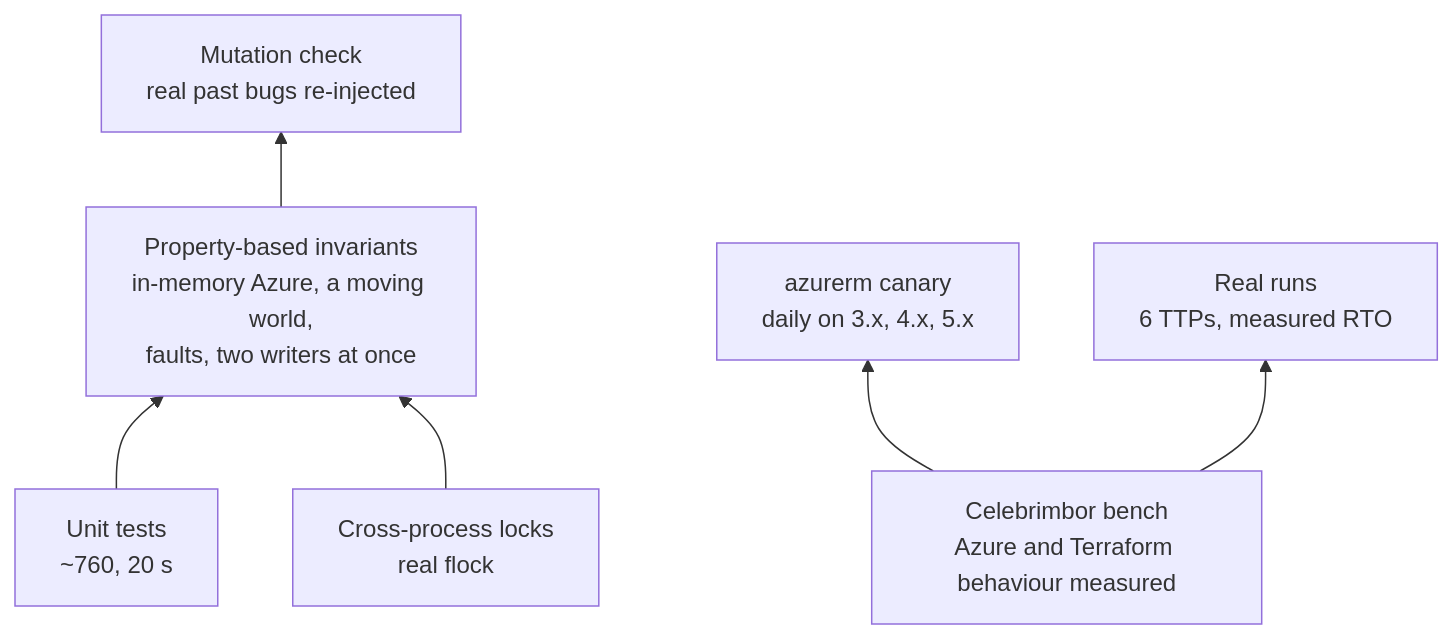
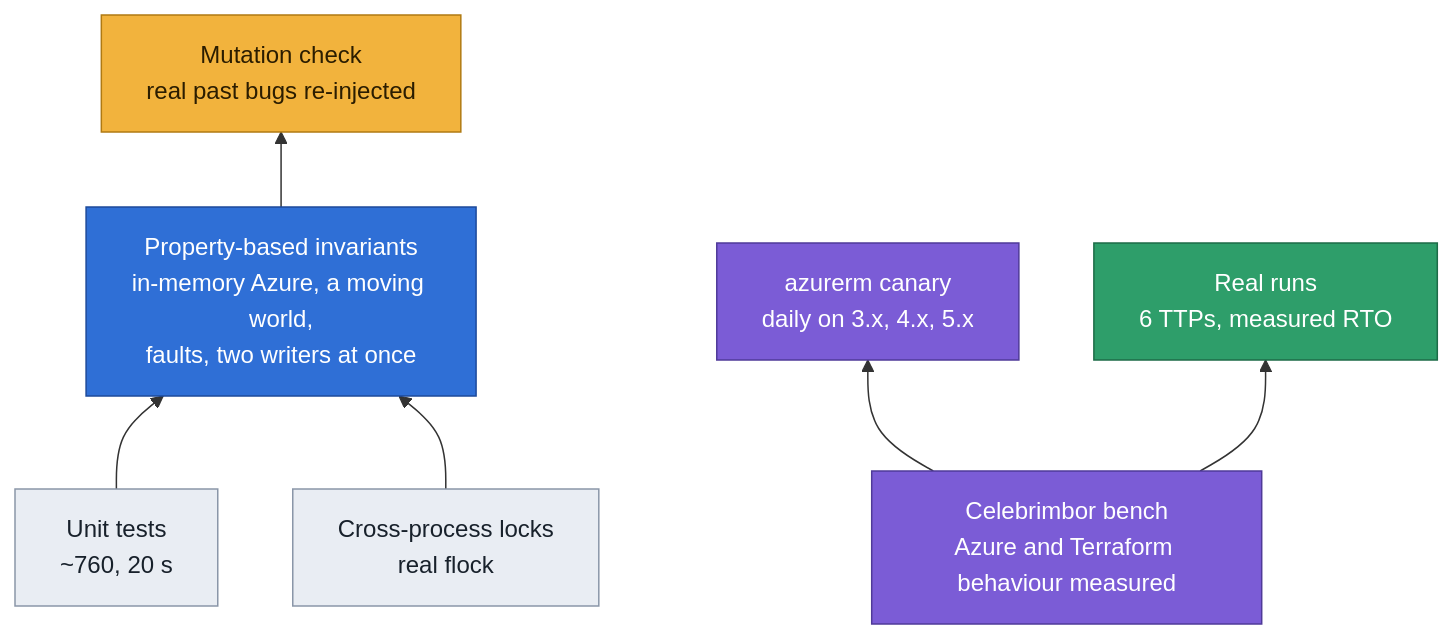
Before and after one commit to Vanyar53/eregion: the third of 3 diagrams in README.md, drawn with Mermaid. The commit also changed other lines of this file and 3 other files, not shown here.

````diff
--- a/README.md
+++ b/README.md
@@ -676,14 +702,24 @@
 ```mermaid
 flowchart BT
     U["Unit tests<br/>~760, 20 s"]
     I["Property-based invariants<br/>in-memory Azure, a moving world,<br/>faults, two writers at once"]
     M["Mutation check<br/>real past bugs re-injected"]
     L["Cross-process locks<br/>real flock"]
     B["Celebrimbor bench<br/>Azure and Terraform behaviour measured"]
     C["azurerm canary<br/>daily on 3.x, 4.x, 5.x"]
     R["Real runs<br/>6 TTPs, measured RTO"]
     U --> I --> M
     L --> I
     B --> C
     B --> R
+    classDef data fill:#e9edf3,stroke:#8a96a8,color:#18212b
+    classDef blue fill:#2f6fd6,stroke:#1d4a9a,color:#ffffff
+    classDef guard fill:#f2b33d,stroke:#b07a12,color:#2b1d00
+    classDef azure fill:#7b5cd6,stroke:#4f3a99,color:#ffffff
+    classDef human fill:#2e9e6a,stroke:#1d6b47,color:#ffffff
+    class U,L data
+    class I blue
+    class M guard
+    class B,C azure
+    class R human
 ```
````
